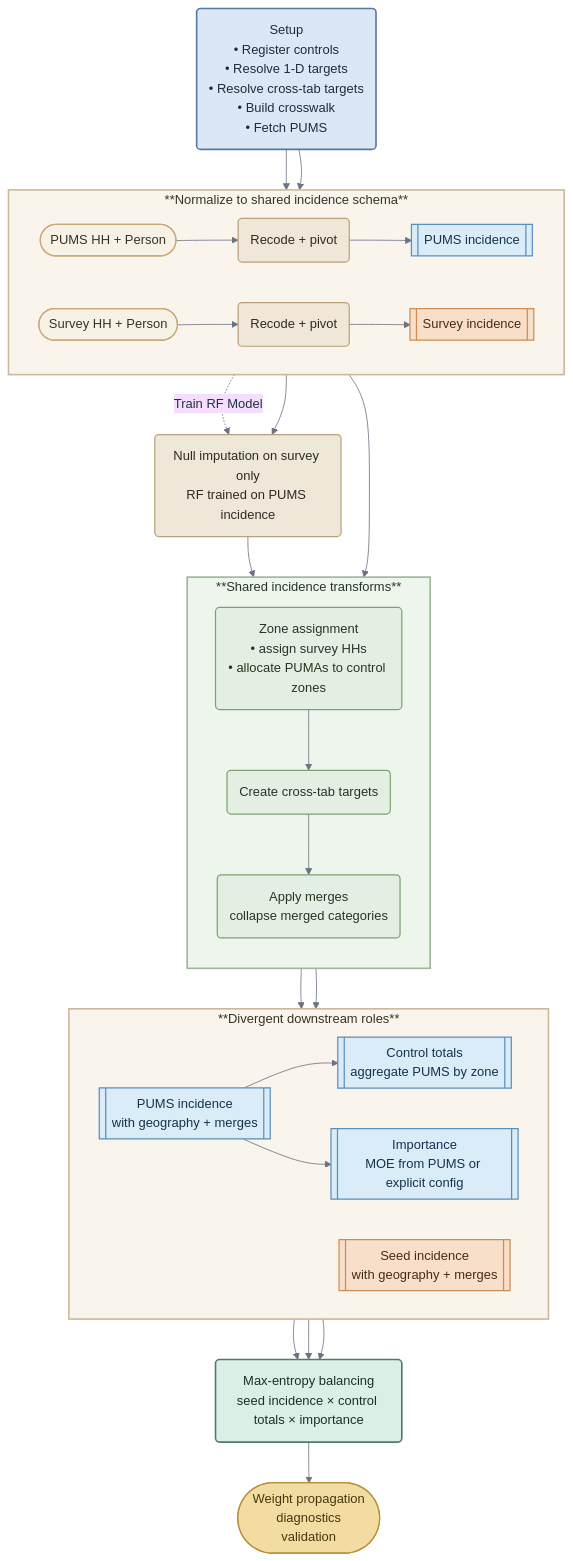
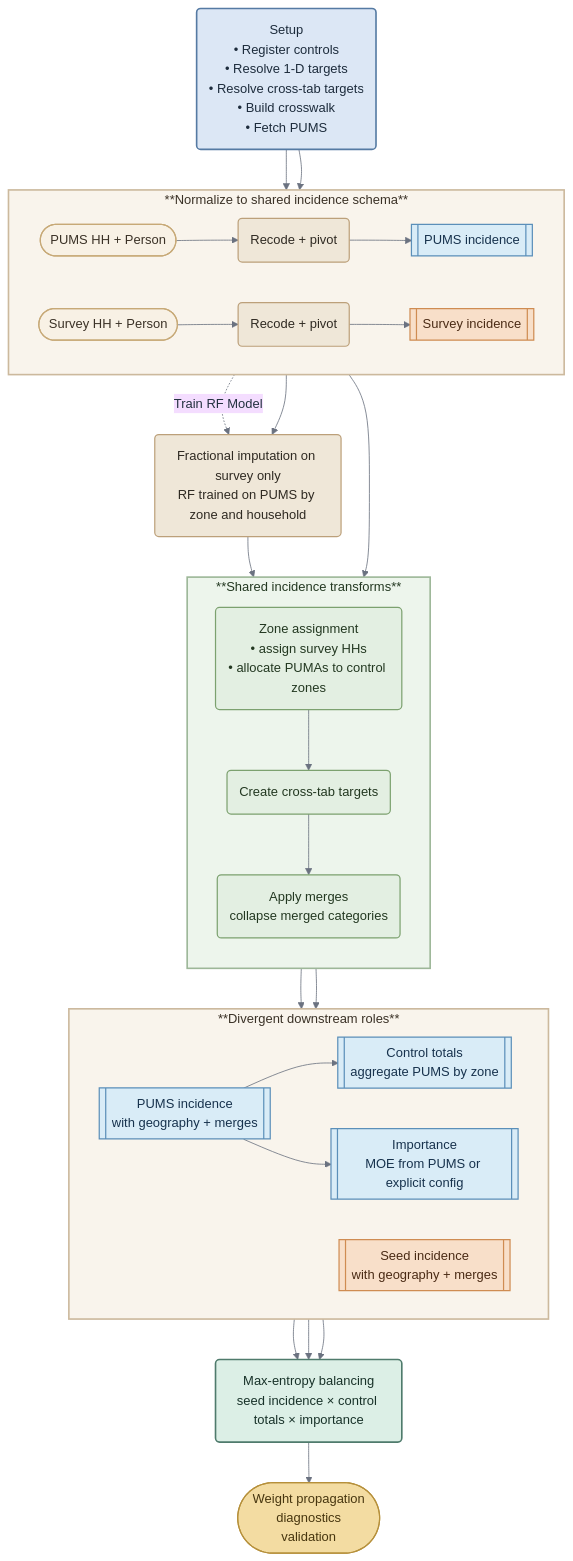
Before and after one commit to BayAreaMetro/travel-diary-survey-tools: the diagram in docs/pipeline_steps/weighting/compute_weights.md, drawn with Mermaid. The commit also changed 5 other files, not shown here.

Commit message:
fractional imputation in weighting now carries household information, e.g., how many people in hh are of each target big improvment in results, accuracy went from ~50% to 70%

````diff
--- a/docs/pipeline_steps/weighting/compute_weights.md
+++ b/docs/pipeline_steps/weighting/compute_weights.md
@@ -17,73 +17,73 @@
 ```mermaid
 %%{init: {'theme': 'base', 'themeVariables': {
   'background': '#fcfaf6',
   'primaryTextColor': '#22313f',
   'primaryBorderColor': '#9f8b6d',
   'lineColor': '#6b7280',
   'fontFamily': 'IBM Plex Sans, Segoe UI, sans-serif'
 }}}%%
 flowchart TD
   A("Setup\n• Register controls\n• Resolve 1-D targets\n• Resolve cross-tab targets\n• Build crosswalk\n• Fetch PUMS")
 
   subgraph inputs ["**Normalize to shared incidence schema**"]
     direction LR
     P0(["PUMS HH + Person"]) --> P1("Recode + pivot") --> PI[["PUMS incidence"]]
     S0(["Survey HH + Person"]) --> S1("Recode + pivot") --> SI[["Survey incidence"]]
   end
 
-  NI("Null imputation on survey only\nRF trained on PUMS incidence")
+  NI("Fractional imputation on survey only\nRF trained on PUMS by zone and household")
 
   subgraph shared_stage ["**Shared incidence transforms**"]
     direction TD
     G1("Zone assignment\n• assign survey HHs\n• allocate PUMAs to control zones")
     G2("Create cross-tab targets")
     G3("Apply merges\ncollapse merged categories")
     G1 --> G2
     G2 --> G3
   end
 
   subgraph outputs ["**Divergent downstream roles**"]
     direction LR
     PZ[["PUMS incidence\nwith geography + merges"]] --> CT[["Control totals\naggregate PUMS by zone"]]
     PZ --> IM[["Importance\nMOE from PUMS or explicit config"]]
     SZ[["Seed incidence\nwith geography + merges"]]
   end
 
   B("Max-entropy balancing\nseed incidence × control totals × importance")
   O(["Weight propagation\ndiagnostics\nvalidation"])
 
   A --> P0
   A --> S0
   PI -. "Train RF Model" .-> NI
   SI --> NI
   PI --> G1
   NI --> G1
   G3 --> PZ
   G3 --> SZ
   SZ --> B
   CT --> B
   IM --> B
   B --> O
 
   classDef setup fill:#dce7f5,stroke:#557aa3,color:#1d2c3c,stroke-width:2px;
   classDef source fill:#f8f1e5,stroke:#c7a977,color:#3a3126,stroke-width:1.5px;
   classDef action fill:#efe7d8,stroke:#bca07a,color:#2f2a22,stroke-width:1.5px;
   classDef pums fill:#d9ecf7,stroke:#5b8fb9,color:#17324d,stroke-width:1.5px;
   classDef survey fill:#f8dfc9,stroke:#cf8c52,color:#4a2b15,stroke-width:1.5px;
   classDef shared fill:#e3efe2,stroke:#7ca16f,color:#233821,stroke-width:1.5px;
   classDef balance fill:#dcefe6,stroke:#4f7b6c,color:#183229,stroke-width:2px;
   classDef output fill:#f3dca2,stroke:#b6903b,color:#47360f,stroke-width:1.5px;
 
   class A setup;
   class P0,S0 source;
   class P1,S1,NI action;
   class PI,PZ,CT,IM pums;
   class SI,SZ survey;
   class G1,G2,G3 shared;
   class B balance;
   class O output;
 
   style inputs fill:#f9f4ec,stroke:#ccb99d,stroke-width:2px,color:#3a3126;
   style shared_stage fill:#edf5ec,stroke:#9db798,stroke-width:2px,color:#233821;
   style outputs fill:#f9f4ec,stroke:#ccb99d,stroke-width:2px,color:#3a3126;
 ```
````
